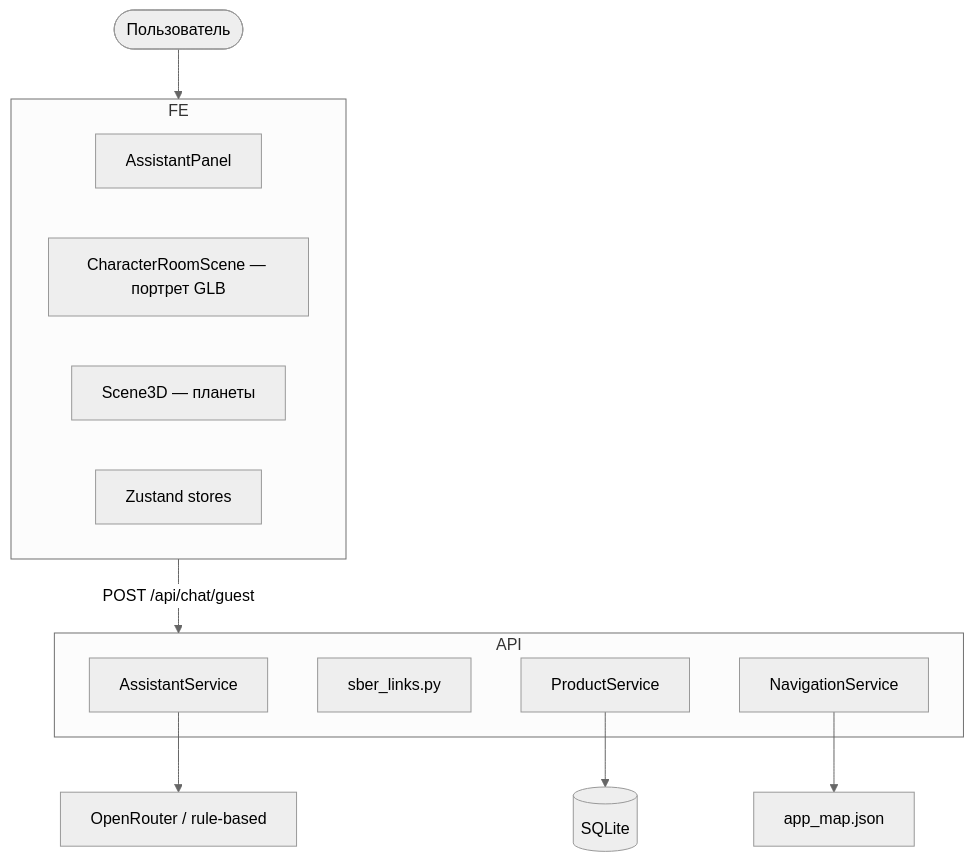
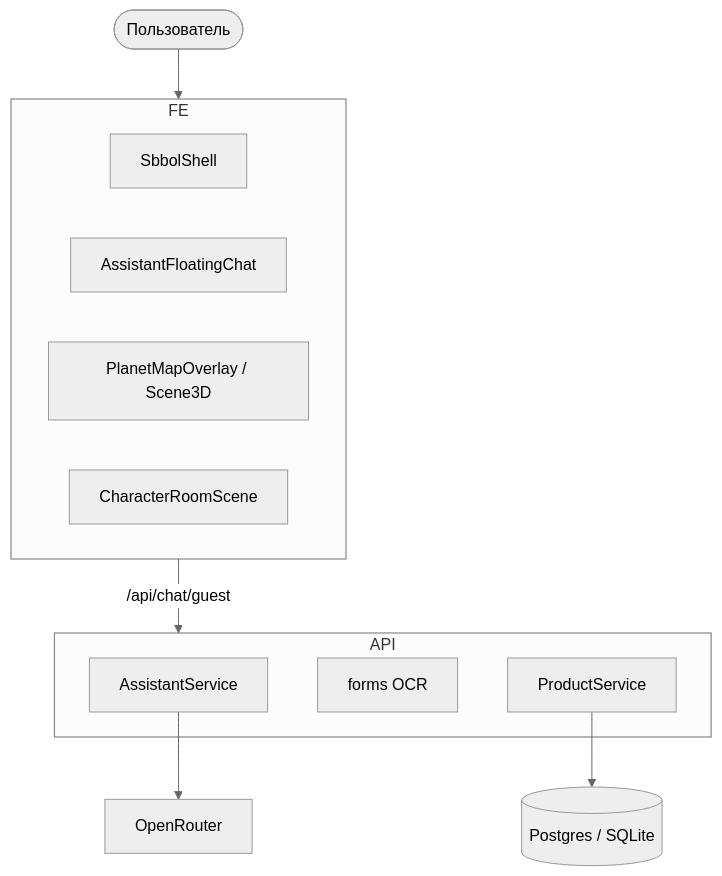
One commit to grrraaaa/mvp changed the first of 2 diagrams in docs/ARCHITECTURE.md. Above: the diagram before and after it, drawn with Mermaid (neutral theme). The commit also changed other lines of this file and 21 other files, not shown here.

Commit message:
feat(ui): redesign 3D studio, responsive shell, IconMic, full docs

````diff
--- a/docs/ARCHITECTURE.md
+++ b/docs/ARCHITECTURE.md
@@ -7,24 +12,22 @@
 ```mermaid
 graph TB
     U([Пользователь]) --> FE[Next.js]
 
     subgraph FE
-        CH[AssistantPanel]
-        POR[CharacterRoomScene — портрет GLB]
-        MAP[Scene3D — планеты]
-        ZS[Zustand stores]
+        SHELL[SbbolShell]
+        CHAT[AssistantFloatingChat]
+        MAP[PlanetMapOverlay / Scene3D]
+        STUDIO[CharacterRoomScene]
     end
 
-    FE -->|POST /api/chat/guest| API[FastAPI]
+    FE -->|/api/chat/guest| API[FastAPI / api/index.py]
 
     subgraph API
         AIS[AssistantService]
-        LINKS[sber_links.py]
+        FORMS[forms OCR]
         PRD[ProductService]
-        NAV[NavigationService]
     end
 
-    AIS --> LLM[OpenRouter / rule-based]
-    PRD --> DB[(SQLite)]
-    NAV --> JSON[app_map.json]
+    AIS --> LLM[OpenRouter]
+    PRD --> DB[(Postgres / SQLite)]
 ```
````
